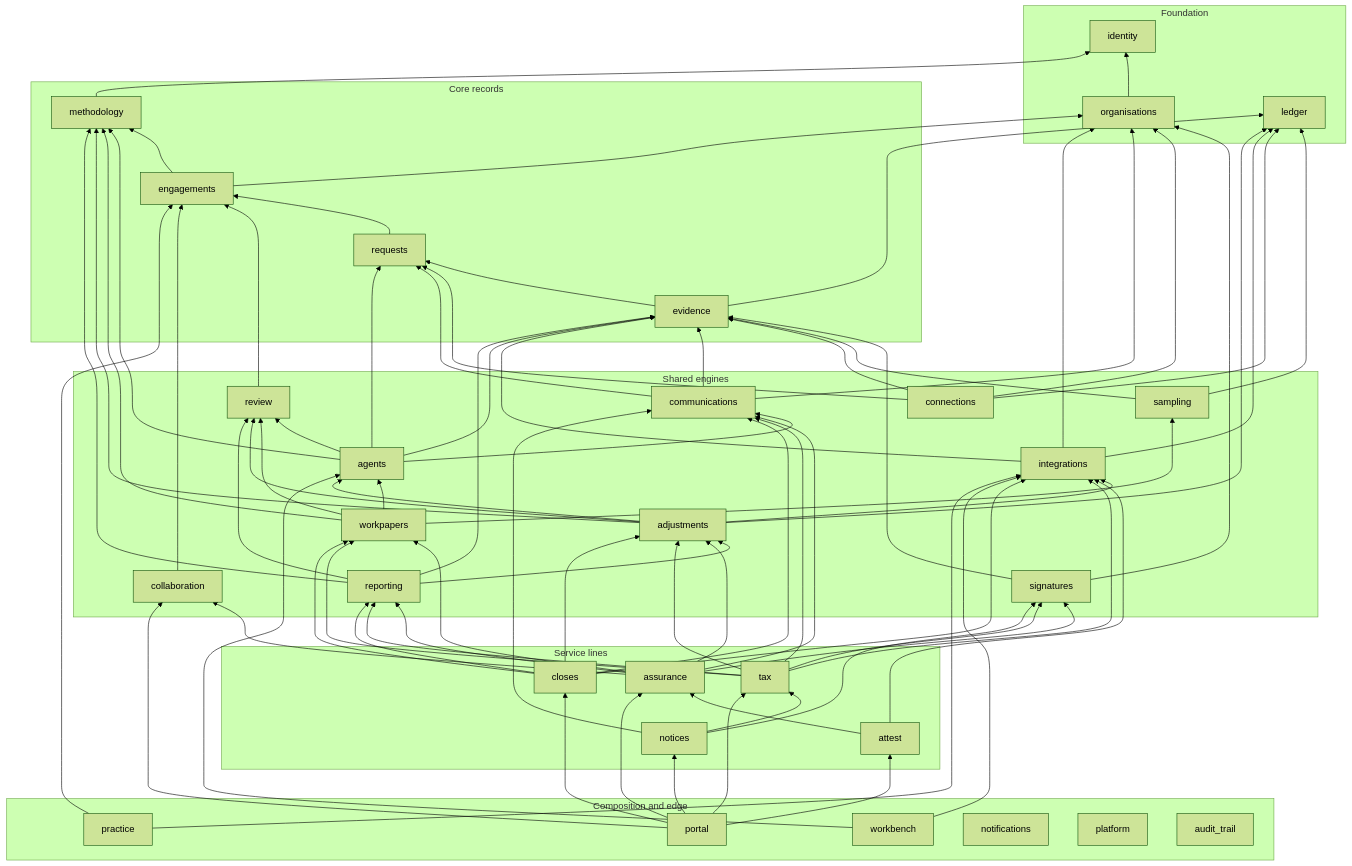
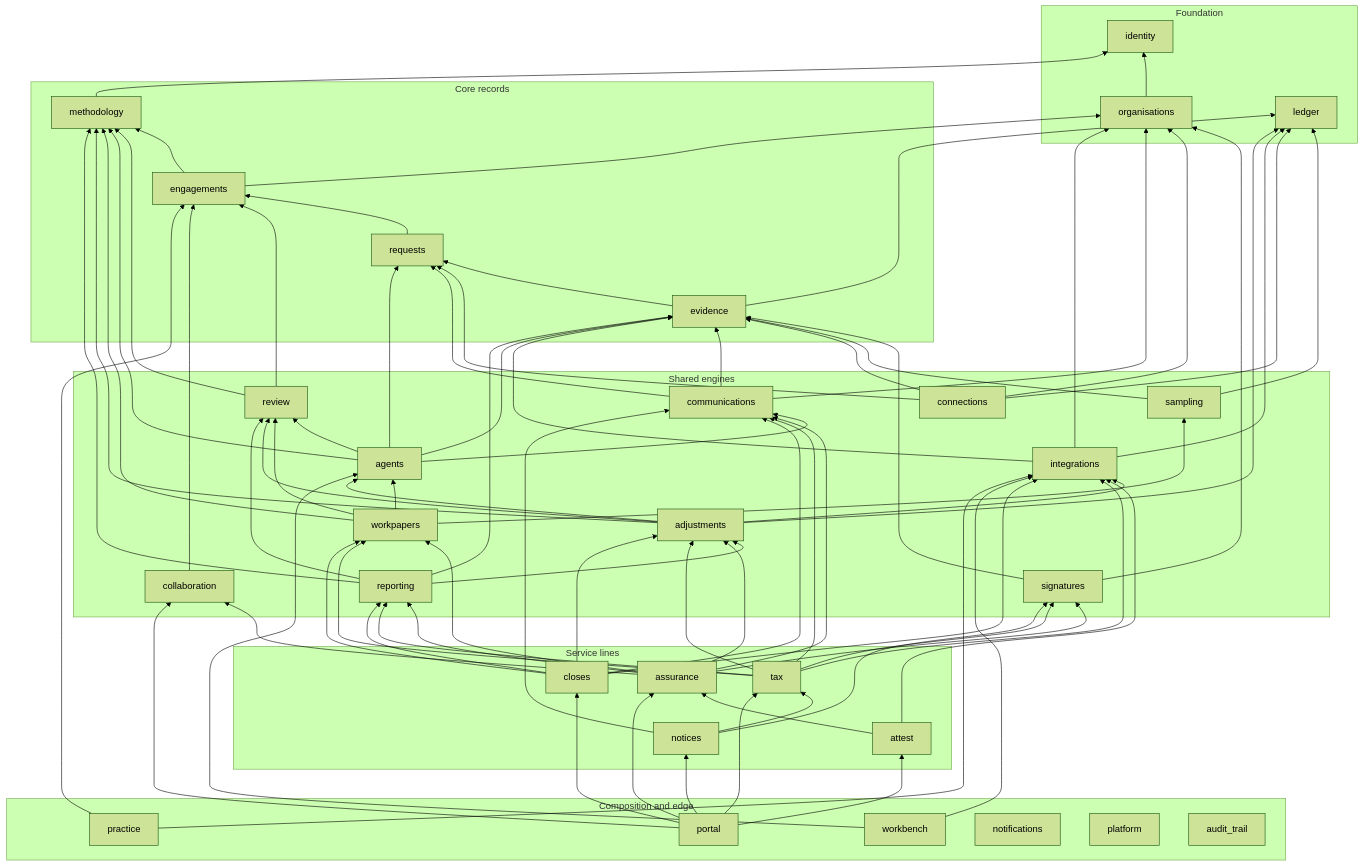
The first of 5 diagrams in docs/plan/03-backend-architecture.md (notanaskhan/abacus), drawn with Mermaid (forest theme) before and after one commit. The commit also changed 25 other files, not shown here.

````diff
--- a/docs/plan/03-backend-architecture.md
+++ b/docs/plan/03-backend-architecture.md
@@ -155,42 +155,42 @@
 ```mermaid
 flowchart BT
   subgraph F[Foundation]
     identity; organisations; ledger
   end
   subgraph C[Core records]
     methodology; engagements; requests; evidence
   end
   subgraph E[Shared engines]
     review; collaboration; signatures; sampling; connections; communications; integrations; agents; workpapers; adjustments; reporting
   end
   subgraph S[Service lines]
     assurance; attest; tax; closes; notices
   end
   subgraph T[Composition and edge]
     workbench; practice; portal; notifications; platform; audit_trail
   end
   organisations --> identity
   methodology --> identity
   engagements --> organisations & methodology
   requests --> engagements
   evidence --> requests & ledger
-  review --> engagements
+  review --> engagements & methodology
   collaboration --> engagements
   signatures --> evidence & organisations
   sampling --> evidence & ledger
   connections --> evidence & requests & organisations & ledger
   communications --> evidence & requests & organisations
   integrations --> evidence & organisations & ledger
   agents --> communications & review & methodology & evidence & requests
   workpapers --> agents & sampling & review & methodology
   adjustments --> agents & review & methodology & ledger & integrations
   reporting --> adjustments & review & methodology & evidence
   assurance --> workpapers & adjustments & reporting & signatures & communications & collaboration
   attest --> assurance & integrations
   tax --> workpapers & adjustments & reporting & signatures & integrations & communications
   closes --> workpapers & adjustments & reporting & integrations & communications
   notices --> tax & signatures & communications
   workbench --> agents & integrations
   practice --> engagements & integrations
   portal --> assurance & attest & tax & closes & notices & collaboration
 ```
````
